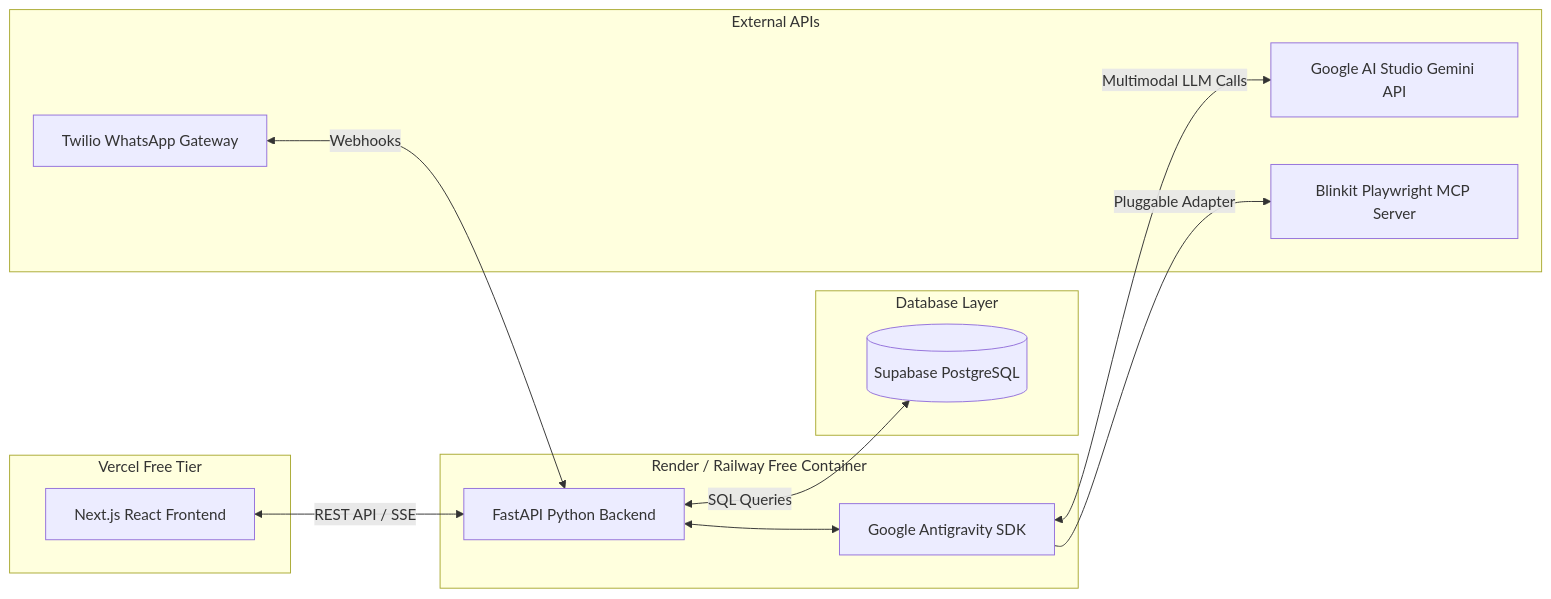
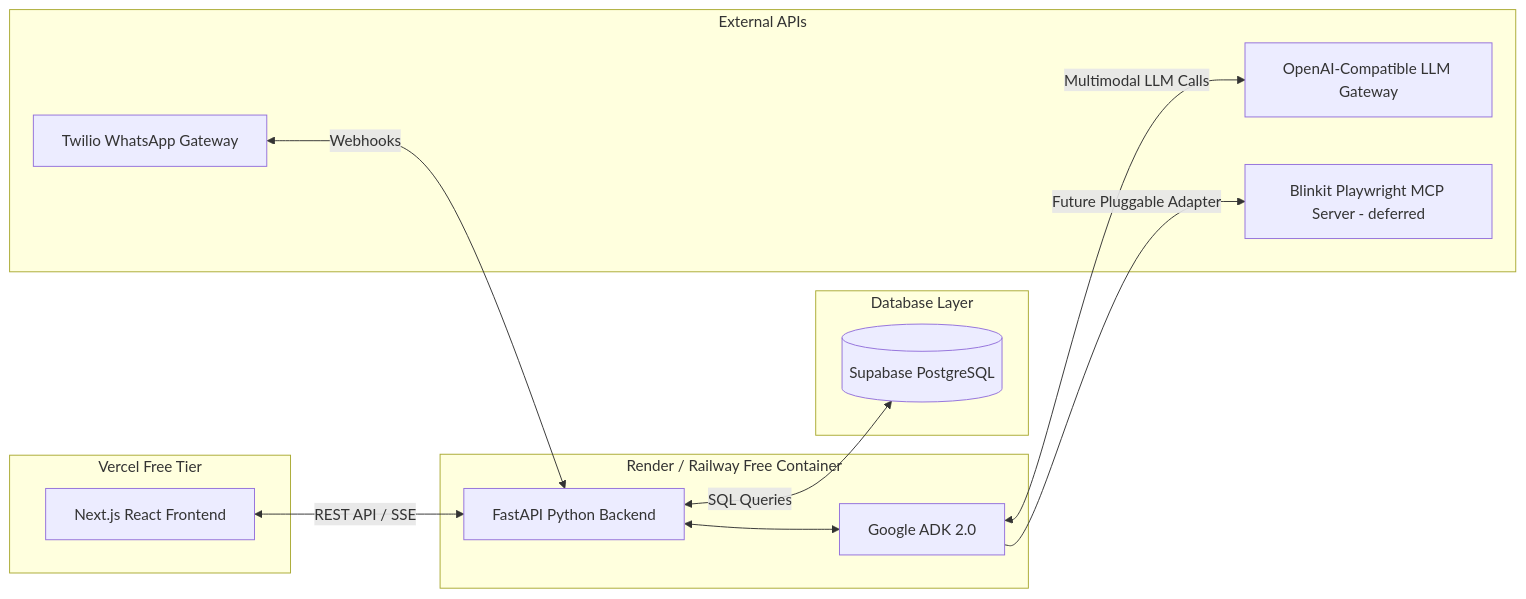
One commit to architworks/meal_and_grocery_agent changed the diagram in docs/technology_stack.md. Above: the diagram before and after it, drawn with Mermaid. The commit also changed other lines of this file and 14 other files, not shown here.

First line of the commit message:
refactor: align app with shared household architecture

````diff
--- a/docs/technology_stack.md
+++ b/docs/technology_stack.md
@@ -12,28 +12,28 @@
 ```mermaid
 graph LR
     subgraph Vercel Free Tier
         NextJS[Next.js React Frontend]
     end
     
     subgraph Render / Railway Free Container
         FastAPI[FastAPI Python Backend]
-        SDK[Google Antigravity SDK]
+        SDK[Google ADK 2.0]
         FastAPI <--> SDK
     end
     
     subgraph Database Layer
         Supabase[(Supabase PostgreSQL)]
     end
     
     subgraph External APIs
-        Gemini[Google AI Studio Gemini API]
-        Blinkit[Blinkit Playwright MCP Server]
+        LLM[OpenAI-Compatible LLM Gateway]
+        Blinkit[Blinkit Playwright MCP Server - deferred]
         WhatsApp[Twilio WhatsApp Gateway]
     end
 
     NextJS <-->|REST API / SSE| FastAPI
     FastAPI <-->|SQL Queries| Supabase
-    SDK <-->|Multimodal LLM Calls| Gemini
-    SDK -->|Pluggable Adapter| Blinkit
+    SDK <-->|Multimodal LLM Calls| LLM
+    SDK -->|Future Pluggable Adapter| Blinkit
     WhatsApp <-->|Webhooks| FastAPI
 ```
````
